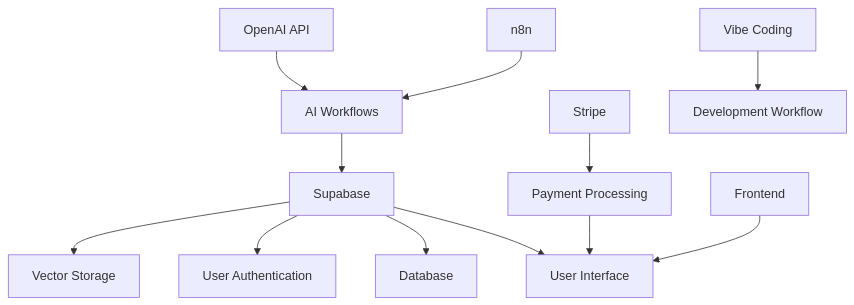
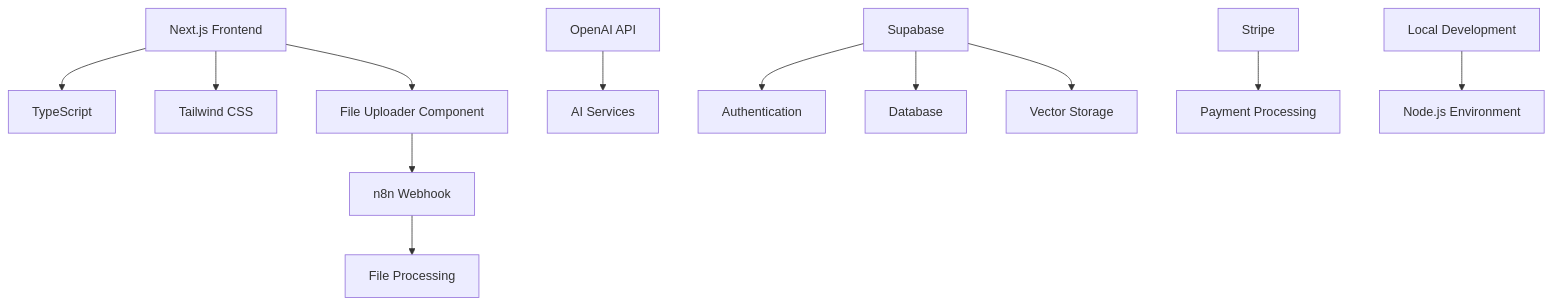
One commit to DanielGeek/python_projects changed the diagram in 47-OpenAI-Supabase-Integration/README.md. Above: the diagram before and after it, drawn with Mermaid. The commit also changed other lines of this file and 3 other files, not shown here.

````diff
--- a/47-OpenAI-Supabase-Integration/README.md
+++ b/47-OpenAI-Supabase-Integration/README.md
@@ -26,14 +27,14 @@
 ```mermaid
 graph TB
-    A[OpenAI API] --> B[AI Workflows]
-    C[n8n] --> B
-    B --> D[Supabase]
-    D --> E[Vector Storage]
-    D --> F[User Authentication]
-    D --> G[Database]
-    H[Stripe] --> I[Payment Processing]
-    J[Frontend] --> K[User Interface]
-    D --> K
-    I --> K
-    L[Vibe Coding] --> M[Development Workflow]
+    A[Next.js Frontend] --> B[TypeScript]
+    A --> C[Tailwind CSS]
+    A --> D[File Uploader Component]
+    D --> E[n8n Webhook]
+    E --> F[File Processing]
+    G[OpenAI API] --> H[AI Services]
+    I[Supabase] --> J[Authentication]
+    I --> K[Database]
+    I --> L[Vector Storage]
+    M[Stripe] --> N[Payment Processing]
+    O[Local Development] --> P[Node.js Environment]
 ```
````
